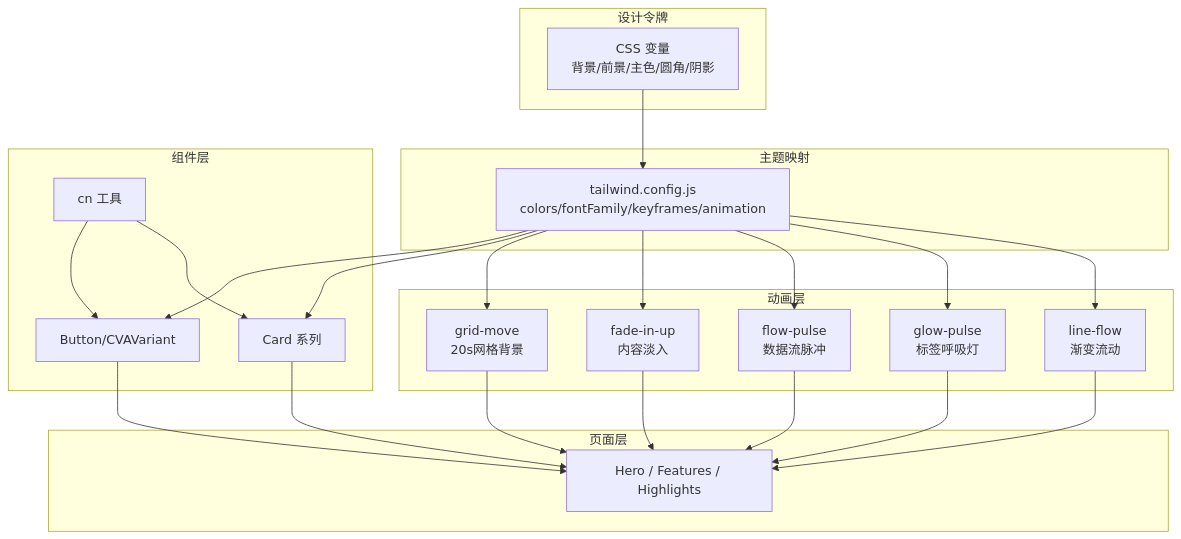
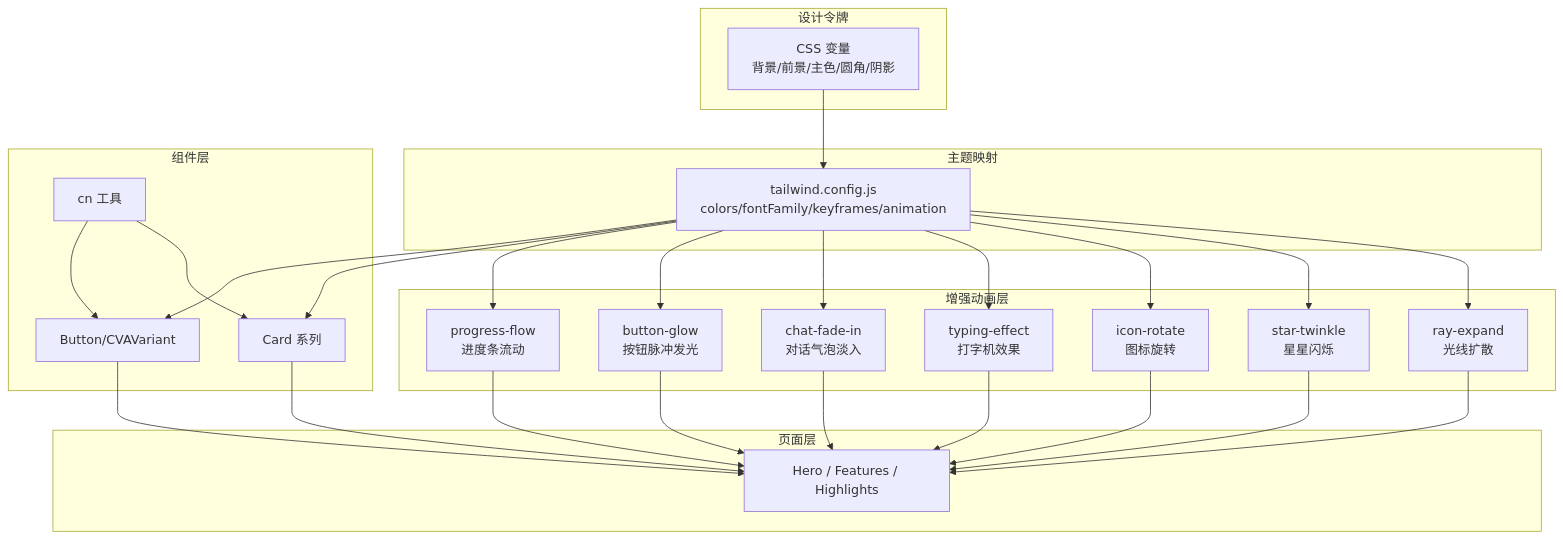
Before and after one commit to Primoguo/naolizhi.cn: the second of 4 diagrams in .qoder/repowiki/zh/content/样式系统.md, drawn with Mermaid. The commit also changed other lines of this file and 23 other files, not shown here.

````diff
--- a/.qoder/repowiki/zh/content/样式系统.md
+++ b/.qoder/repowiki/zh/content/样式系统.md
@@ -129,41 +129,47 @@
 ```mermaid
 graph TB
 subgraph "设计令牌"
 V1["CSS 变量<br/>背景/前景/主色/圆角/阴影"]
 end
 subgraph "主题映射"
 T1["tailwind.config.js<br/>colors/fontFamily/keyframes/animation"]
 end
 subgraph "组件层"
 U1["Button/CVAVariant"]
 U2["Card 系列"]
 U3["cn 工具"]
 end
-subgraph "动画层"
-A1["grid-move<br/>20s网格背景"]
-A2["fade-in-up<br/>内容淡入"]
-A3["flow-pulse<br/>数据流脉冲"]
-A4["glow-pulse<br/>标签呼吸灯"]
-A5["line-flow<br/>渐变流动"]
+subgraph "增强动画层"
+A1["progress-flow<br/>进度条流动"]
+A2["button-glow<br/>按钮脉冲发光"]
+A3["chat-fade-in<br/>对话气泡淡入"]
+A4["typing-effect<br/>打字机效果"]
+A5["icon-rotate<br/>图标旋转"]
+A6["star-twinkle<br/>星星闪烁"]
+A7["ray-expand<br/>光线扩散"]
 end
 subgraph "页面层"
 P1["Hero / Features / Highlights"]
 end
 V1 --> T1
 T1 --> U1
 T1 --> U2
 T1 --> A1
 T1 --> A2
 T1 --> A3
 T1 --> A4
 T1 --> A5
+T1 --> A6
+T1 --> A7
 U1 --> P1
 U2 --> P1
 A1 --> P1
 A2 --> P1
 A3 --> P1
 A4 --> P1
 A5 --> P1
+A6 --> P1
+A7 --> P1
 U3 --> U1
 U3 --> U2
 ```
````
